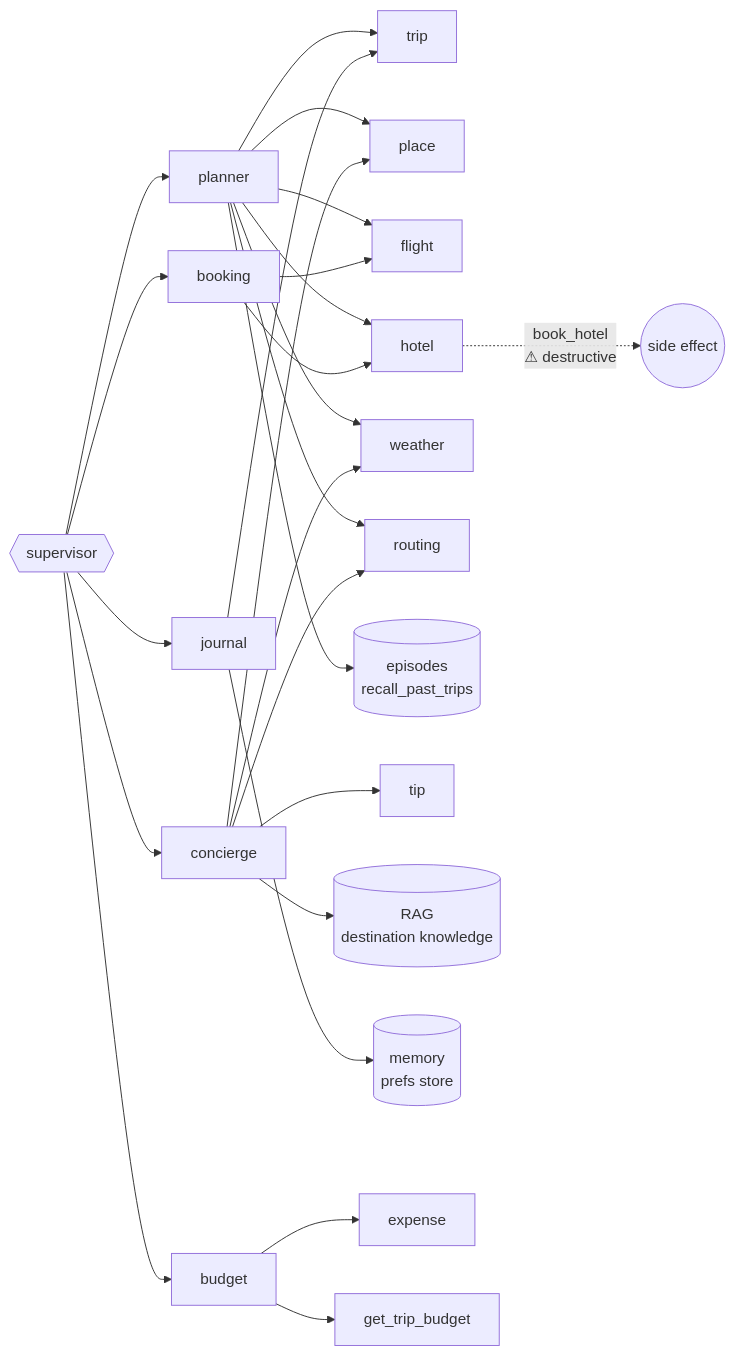
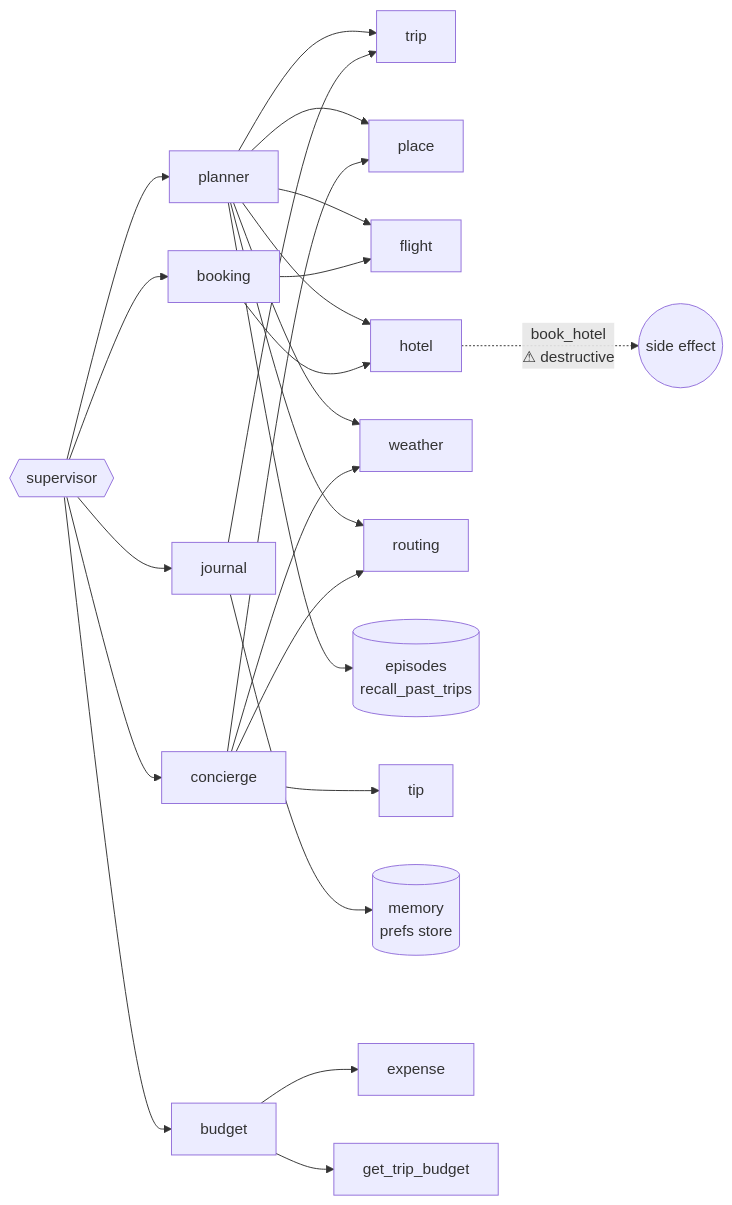
Before and after one commit to minhtran3124/travel-pi: the fifth of 5 diagrams in WORKFLOW_DIAGRAM.md, drawn with Mermaid. The commit also changed other lines of this file and 4 other files, not shown here.

First line of the commit message:
docs: remove stale RAG references from canonical architecture docs

````diff
--- a/WORKFLOW_DIAGRAM.md
+++ b/WORKFLOW_DIAGRAM.md
@@ -171,35 +171,34 @@
 ```mermaid
 flowchart LR
     Sup{{supervisor}}
 
     Sup --> P[planner]
     Sup --> C[concierge]
     Sup --> J[journal]
     Sup --> B[booking]
     Sup --> Bu[budget]
 
     P --> trip[trip]
     P --> place[place]
     P --> flight[flight]
     P --> hotel[hotel]
     P --> weather[weather]
     P --> routing[routing]
     P --> episodes[("episodes<br/>recall_past_trips")]
 
     C --> place
     C --> weather
     C --> routing
     C --> tip[tip]
-    C --> rag[("RAG<br/>destination knowledge")]
 
     J --> trip
     J --> memory[("memory<br/>prefs store")]
 
     B --> flight
     B --> hotel
 
     Bu --> expense[expense]
     Bu --> tripbudget["get_trip_budget"]
 
     hotel -.->|"book_hotel<br/>⚠ destructive"| money((side effect))
 ```
````
